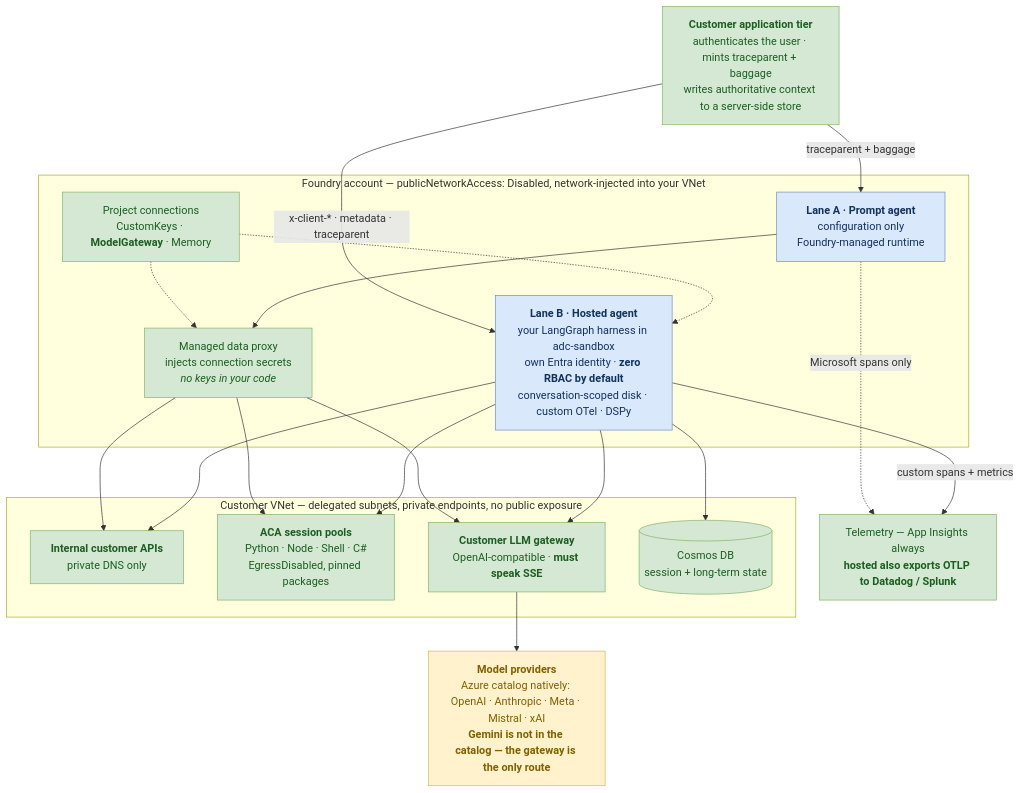
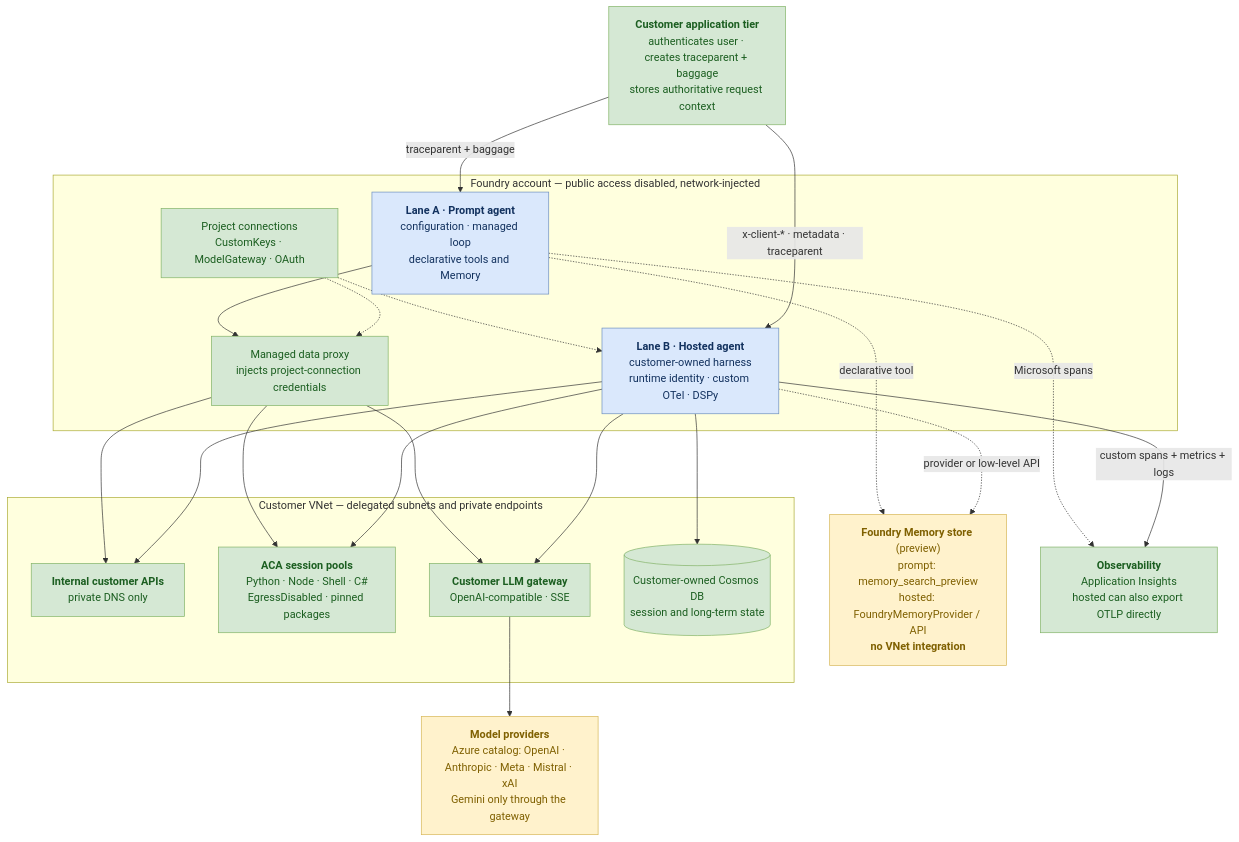
The first of 2 diagrams in README.md (james-tn/foundry-agent-secure-patterns), drawn with Mermaid before and after one commit. The commit also changed other lines of this file and 8 other files, not shown here.

````diff
--- a/README.md
+++ b/README.md
@@ -58,46 +53,49 @@
 ```mermaid
 flowchart TB
-  APP["<b>Customer application tier</b><br/>authenticates the user · mints traceparent + baggage<br/>writes authoritative context to a server-side store"]
+  APP["<b>Customer application tier</b><br/>authenticates user · creates traceparent + baggage<br/>stores authoritative request context"]
 
-  subgraph FOUNDRY["Foundry account — publicNetworkAccess: Disabled, network-injected into your VNet"]
-    PDEF["<b>Lane A · Prompt agent</b><br/>configuration only<br/>Foundry-managed runtime"]
-    PROXY["Managed data proxy<br/>injects connection secrets<br/><i>no keys in your code</i>"]
-    SBX["<b>Lane B · Hosted agent</b><br/>your LangGraph harness in adc-sandbox<br/>own Entra identity · <b>zero RBAC by default</b><br/>conversation-scoped disk · custom OTel · DSPy"]
-    CONN["Project connections<br/>CustomKeys · <b>ModelGateway</b> · Memory"]
+  subgraph FOUNDRY["Foundry account — public access disabled, network-injected"]
+    PDEF["<b>Lane A · Prompt agent</b><br/>configuration · managed loop<br/>declarative tools and Memory"]
+    PROXY["Managed data proxy<br/>injects project-connection credentials"]
+    SBX["<b>Lane B · Hosted agent</b><br/>customer-owned harness<br/>runtime identity · custom OTel · DSPy"]
+    CONN["Project connections<br/>CustomKeys · ModelGateway · OAuth"]
+    PDEF --> PROXY
+    CONN -.-> PROXY
+    CONN -.-> SBX
   end
 
-  subgraph VNET["Customer VNet — delegated subnets, private endpoints, no public exposure"]
-    INTAPI["<b>Internal customer APIs</b><br/>private DNS only"]
-    POOL["<b>ACA session pools</b><br/>Python · Node · Shell · C#<br/>EgressDisabled, pinned packages"]
-    GW["<b>Customer LLM gateway</b><br/>OpenAI-compatible · <b>must speak SSE</b>"]
-    STATE[("Cosmos DB<br/>session + long-term state")]
+  subgraph VNET["Customer VNet — delegated subnets and private endpoints"]
+    API["<b>Internal customer APIs</b><br/>private DNS only"]
+    POOL["<b>ACA session pools</b><br/>Python · Node · Shell · C#<br/>EgressDisabled · pinned packages"]
+    GW["<b>Customer LLM gateway</b><br/>OpenAI-compatible · SSE"]
+    STATE[("Customer-owned Cosmos DB<br/>session and long-term state")]
   end
 
-  PROV["<b>Model providers</b><br/>Azure catalog natively: OpenAI · Anthropic · Meta · Mistral · xAI<br/><b>Gemini is not in the catalog — the gateway is the only route</b>"]
-  OBS["Telemetry — App Insights always<br/><b>hosted also exports OTLP to Datadog / Splunk</b>"]
+  MEMORY["<b>Foundry Memory store</b> (preview)<br/>prompt: memory_search_preview<br/>hosted: FoundryMemoryProvider / API<br/><b>no VNet integration</b>"]
+  MODELS["<b>Model providers</b><br/>Azure catalog: OpenAI · Anthropic · Meta · Mistral · xAI<br/>Gemini only through the gateway"]
+  OBS["<b>Observability</b><br/>Application Insights<br/>hosted can also export OTLP directly"]
 
   APP -->|"traceparent + baggage"| PDEF
   APP -->|"x-client-* · metadata · traceparent"| SBX
-  CONN -.-> PROXY
-  CONN -.-> SBX
-  PDEF --> PROXY
 
-  PROXY --> INTAPI
+  PROXY --> API
   PROXY --> POOL
   PROXY --> GW
-  SBX --> INTAPI
+  SBX --> API
   SBX --> POOL
   SBX --> GW
   SBX --> STATE
 
-  GW --> PROV
-  PDEF -.->|"Microsoft spans only"| OBS
-  SBX -->|"custom spans + metrics"| OBS
+  PDEF -.->|"declarative tool"| MEMORY
+  SBX -.->|"provider or low-level API"| MEMORY
+  GW --> MODELS
+  PDEF -.->|"Microsoft spans"| OBS
+  SBX -->|"custom spans + metrics + logs"| OBS
 
   classDef lane fill:#dae8fc,stroke:#6c8ebf,color:#12315e
   classDef ok fill:#d5e8d4,stroke:#82b366,color:#1b5e20
   classDef note fill:#fff2cc,stroke:#d6b656,color:#7f6000
   class PDEF,SBX lane
-  class APP,PROXY,CONN,INTAPI,POOL,GW,STATE,OBS ok
-  class PROV note
+  class APP,PROXY,CONN,API,POOL,GW,STATE,OBS ok
+  class MEMORY,MODELS note
 ```
````
